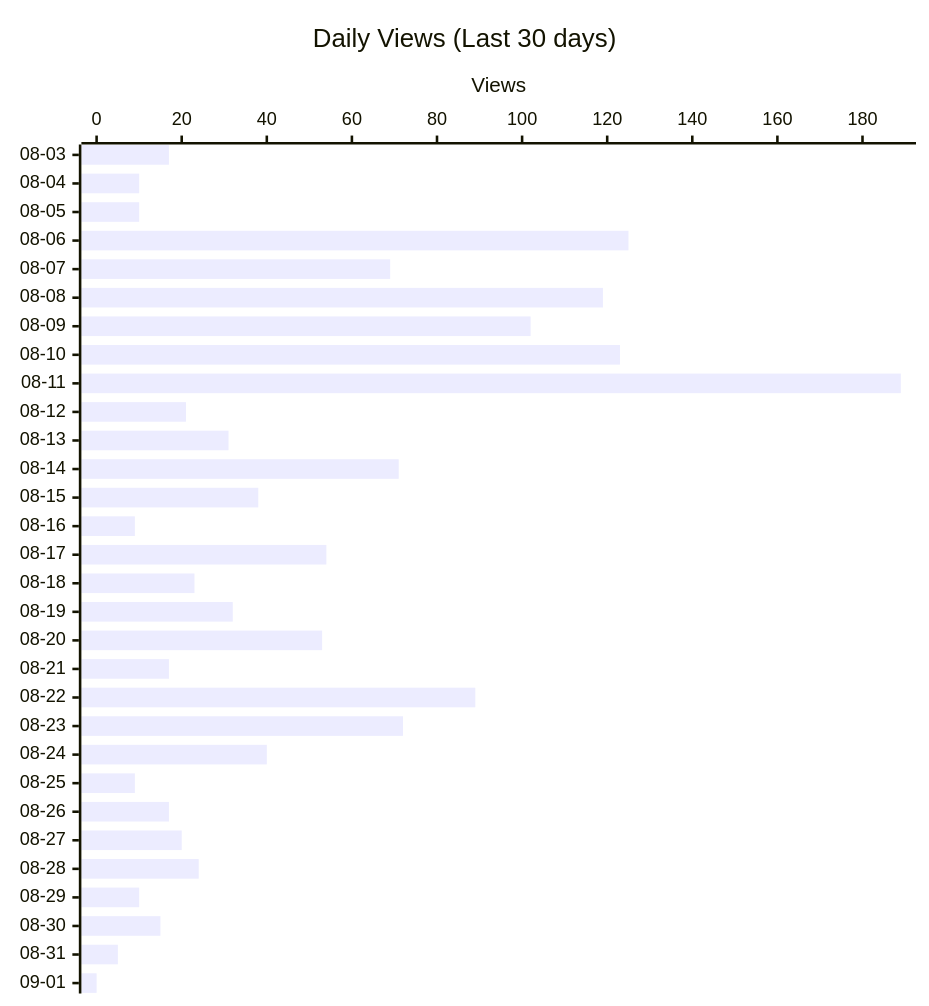
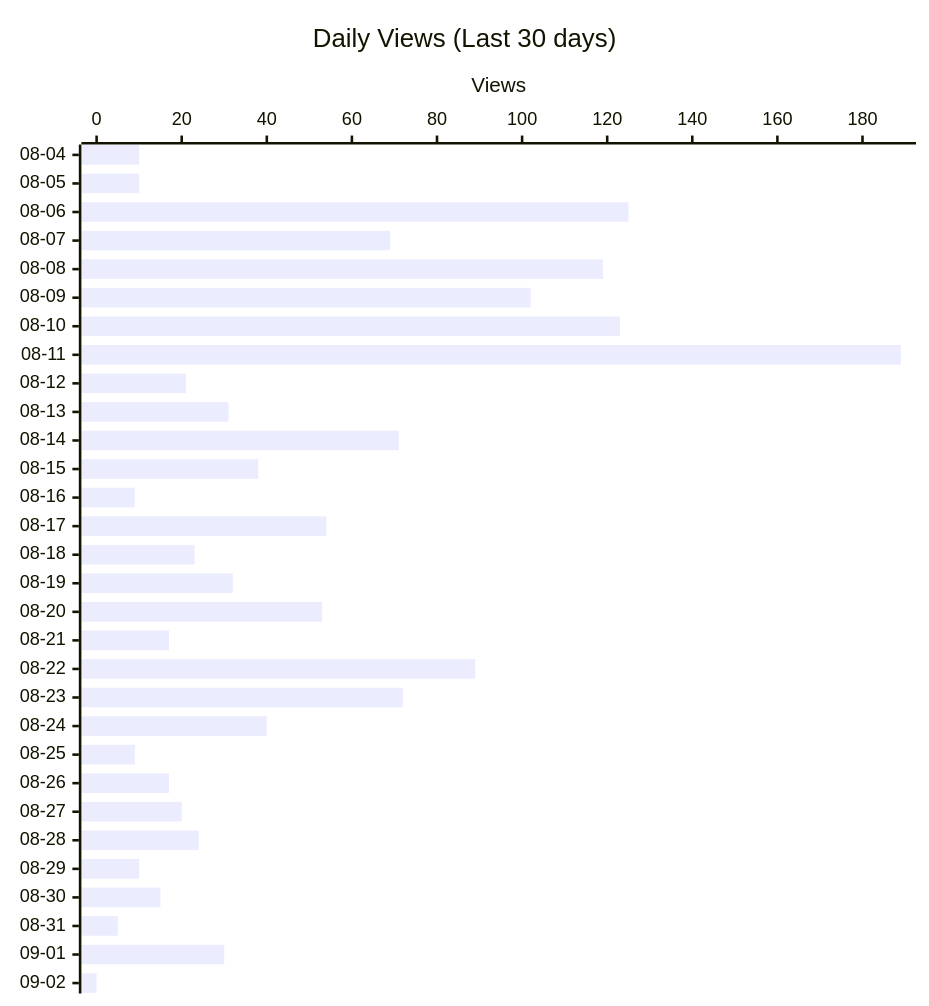
Before and after one commit to shigechika/github-insights: the second of 4 diagrams in README.md, drawn with Mermaid. The commit also changed other lines of this file and 2 other files, not shown here.

````diff
--- a/README.md
+++ b/README.md
@@ -28,12 +28,12 @@
 ```mermaid
 ---
 config:
   xyChart:
     height: 760
 ---
 xychart-beta horizontal
     title "Daily Views (Last 30 days)"
-    x-axis ["08-03", "08-04", "08-05", "08-06", "08-07", "08-08", "08-09", "08-10", "08-11", "08-12", "08-13", "08-14", "08-15", "08-16", "08-17", "08-18", "08-19", "08-20", "08-21", "08-22", "08-23", "08-24", "08-25", "08-26", "08-27", "08-28", "08-29", "08-30", "08-31", "09-01"]
+    x-axis ["08-04", "08-05", "08-06", "08-07", "08-08", "08-09", "08-10", "08-11", "08-12", "08-13", "08-14", "08-15", "08-16", "08-17", "08-18", "08-19", "08-20", "08-21", "08-22", "08-23", "08-24", "08-25", "08-26", "08-27", "08-28", "08-29", "08-30", "08-31", "09-01", "09-02"]
     y-axis "Views"
-    bar [17, 10, 10, 125, 69, 119, 102, 123, 189, 21, 31, 71, 38, 9, 54, 23, 32, 53, 17, 89, 72, 40, 9, 17, 20, 24, 10, 15, 5, 0]
+    bar [10, 10, 125, 69, 119, 102, 123, 189, 21, 31, 71, 38, 9, 54, 23, 32, 53, 17, 89, 72, 40, 9, 17, 20, 24, 10, 15, 5, 30, 0]
 ```
````
